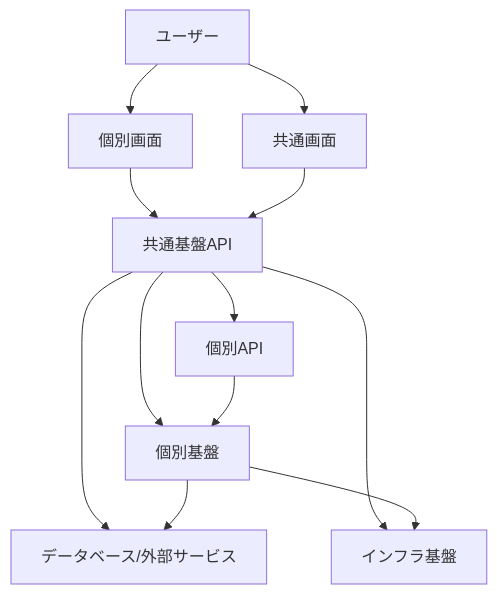
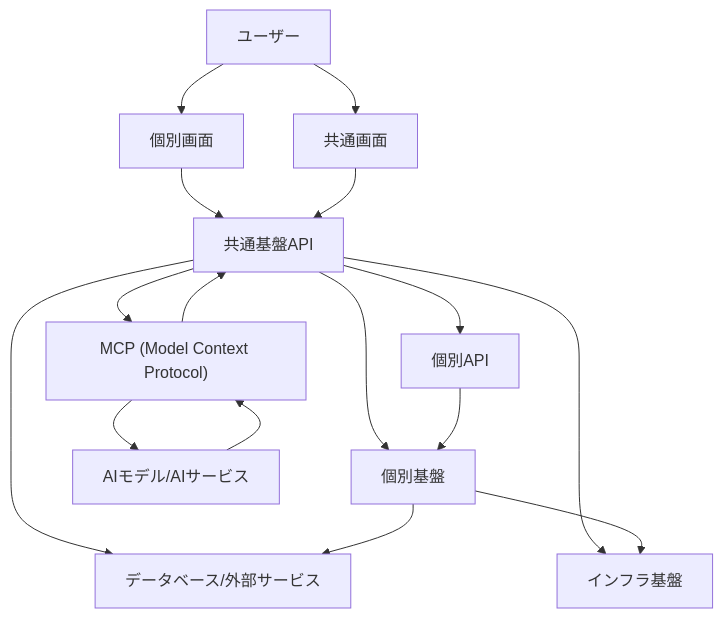
The first of 2 diagrams in docs/01_設計/01_アーキテクチャ.md (RyuheiKiso/KisoFramework), drawn with Mermaid before and after one commit. The commit also changed other lines of this file and 2 other files, not shown here.

First line of the commit message:
feat: MCP（Model Context Protocol）を導入し、AIモデル連携の標準化を図る

````diff
--- a/docs/01_設計/01_アーキテクチャ.md
+++ b/docs/01_設計/01_アーキテクチャ.md
@@ -31,23 +50,31 @@
 ```mermaid
 graph TD
   User[ユーザー]
   IndividualUI[個別画面]
   CommonUI[共通画面]
   CommonAPI[共通基盤API]
   IndividualAPI[個別API]
   IndividualPlatform[個別基盤]
   DB[データベース/外部サービス]
   Infra[インフラ基盤]
+  MCPNode["MCP (Model Context Protocol)"]
+  AIModelNode["AIモデル/AIサービス"]
 
   User --> IndividualUI
   User --> CommonUI
   IndividualUI --> CommonAPI
   CommonUI --> CommonAPI
   CommonAPI --> IndividualAPI
   CommonAPI --> DB
   CommonAPI --> Infra
   CommonAPI --> IndividualPlatform
   IndividualAPI --> IndividualPlatform
   IndividualPlatform --> DB
   IndividualPlatform --> Infra
+
+  %% MCP/AI連携
+  CommonAPI --> MCPNode
+  MCPNode --> AIModelNode
+  AIModelNode --> MCPNode
+  MCPNode --> CommonAPI
 ```
````
